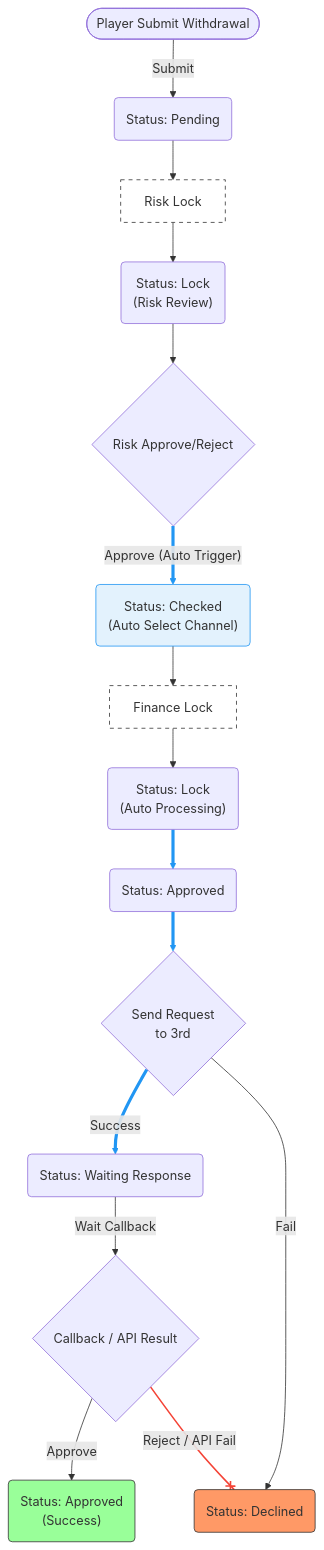
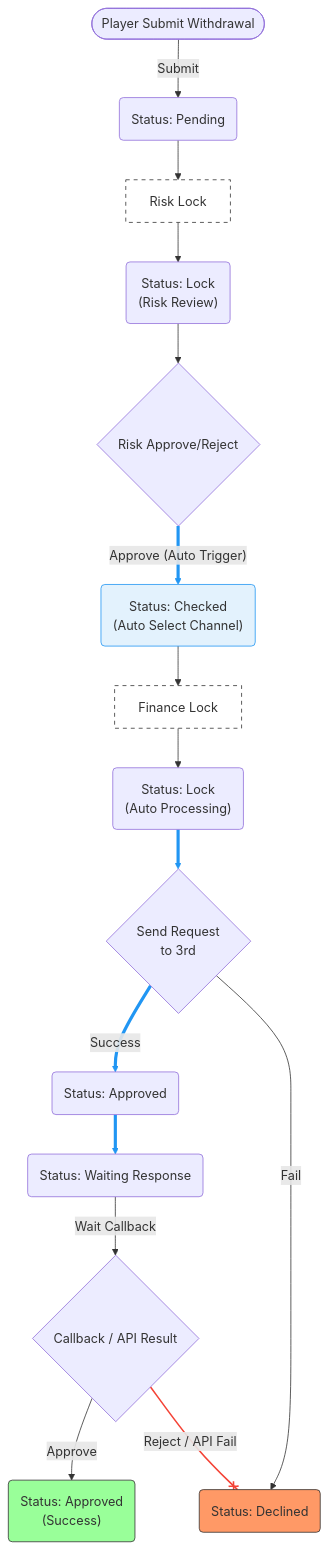
Before and after one commit to almightyken0425/SuSuGiGiSpec: the second of 2 diagrams in no99_archive/sitflowchart.md, drawn with Mermaid. The commit also changed other lines of this file, not shown here.

````diff
--- a/no99_archive/sitflowchart.md
+++ b/no99_archive/sitflowchart.md
@@ -93,78 +92,78 @@
 ```mermaid
 graph TD
     %% 節點定義
     StartAuto(["Player Submit Withdrawal"])
     PendingAuto("Status: Pending")
     
     RiskLockActionBoxAuto["Risk Lock"]
     RiskLockAuto("Status: Lock<br/>(Risk Review)")
     
     RiskActionAuto{"Risk Approve/Reject"}
     ApproveAuto("Status: Checked<br/>(Auto Select Channel)")
     
     FinanceLockActionBoxAuto["Finance Lock"]
     FinanceLockAuto("Status: Lock<br/>(Auto Processing)")
     
+    RequestActionAuto{"Send Request<br/>to 3rd"}
     FinanceApprovedAuto("Status: Approved")
-    RequestActionAuto{"Send Request<br/>to 3rd"}
     WaitResponseAuto("Status: Waiting Response")
 
     DeclineAuto("Status: Declined")
     SuccessAuto("Status: Approved<br/>(Success)")
     CallbackAuto{"Callback / API Result"}
 
     StartAuto -->|"Submit"| PendingAuto
     
     PendingAuto --> RiskLockActionBoxAuto
     RiskLockActionBoxAuto --> RiskLockAuto
     
     RiskLockAuto --> RiskActionAuto
     
     %% 高亮自動化路徑
     RiskActionAuto ==>|"Approve (Auto Trigger)"| ApproveAuto
     
     ApproveAuto --> FinanceLockActionBoxAuto
     FinanceLockActionBoxAuto --> FinanceLockAuto
     
-    FinanceLockAuto ==> FinanceApprovedAuto
-    FinanceApprovedAuto ==> RequestActionAuto
+    FinanceLockAuto ==> RequestActionAuto
     
-    RequestActionAuto ==>|"Success"| WaitResponseAuto
+    RequestActionAuto ==>|"Success"| FinanceApprovedAuto
     RequestActionAuto -->|"Fail"| DeclineAuto
     
+    FinanceApprovedAuto ==> WaitResponseAuto
     WaitResponseAuto -->|"Wait Callback"| CallbackAuto
 
     CallbackAuto -->|"Approve"| SuccessAuto
     
     %% 高亮報廢路徑
     CallbackAuto --x|"Reject / API Fail"| DeclineAuto
 
     %% 樣式與連結美化
     %% linkStyle 索引 (基於連接線出現順序):
     %% 0: StartAuto -> PendingAuto
     %% 1: PendingAuto -> RiskLockActionBoxAuto
     %% 2: RiskLockActionBoxAuto -> RiskLockAuto
     %% 3: RiskLockAuto -> RiskActionAuto
     %% 4: RiskActionAuto ==> ApproveAuto
     %% 5: ApproveAuto --> FinanceLockActionBoxAuto
     %% 6: FinanceLockActionBoxAuto --> FinanceLockAuto
-    %% 7: FinanceLockAuto ==> FinanceApprovedAuto
-    %% 8: FinanceApprovedAuto ==> RequestActionAuto
-    %% 9: RequestActionAuto ==> WaitResponseAuto
-    %% 10: RequestActionAuto --> DeclineAuto
+    %% 7: FinanceLockAuto ==> RequestActionAuto
+    %% 8: RequestActionAuto ==> FinanceApprovedAuto
+    %% 9: RequestActionAuto --> DeclineAuto
+    %% 10: FinanceApprovedAuto ==> WaitResponseAuto
     %% 11: WaitResponseAuto --> CallbackAuto
     %% 12: CallbackAuto --> SuccessAuto
     %% 13: CallbackAuto --x DeclineAuto
 
     linkStyle 4 stroke:#2196f3,stroke-width:4px;
     linkStyle 7 stroke:#2196f3,stroke-width:4px;
     linkStyle 8 stroke:#2196f3,stroke-width:4px;
-    linkStyle 9 stroke:#2196f3,stroke-width:4px;
+    linkStyle 10 stroke:#2196f3,stroke-width:4px;
     linkStyle 13 stroke:#f44336,stroke-width:2px;
 
     style DeclineAuto fill:#f96,stroke:#333
     style SuccessAuto fill:#9f9,stroke:#333
     style ApproveAuto fill:#e3f2fd,stroke:#2196f3
     style RiskLockActionBoxAuto fill:#fff,stroke:#333,stroke-dasharray: 5 5
     style FinanceLockActionBoxAuto fill:#fff,stroke:#333,stroke-dasharray: 5 5
 ```
````
